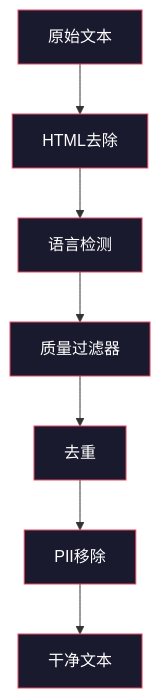
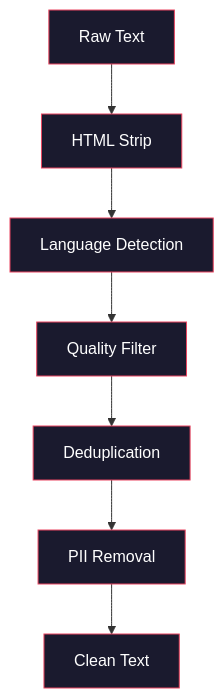
The first of 3 diagrams in i18n/zh/phases/10-llms-from-scratch/03-data-pipelines/docs/zh.md (xiaojiaenen/ai-engineering-from-scratch-zh), drawn with Mermaid before and after one commit. The commit also changed other lines of this file and 24 other files, not shown here.

````diff
--- a/i18n/zh/phases/10-llms-from-scratch/03-data-pipelines/docs/zh.md
+++ b/i18n/zh/phases/10-llms-from-scratch/03-data-pipelines/docs/zh.md
@@ -63,17 +63,17 @@
 ```mermaid
 graph TD
-    A[原始文本] --> B[HTML去除]
-    B --> C[语言检测]
-    C --> D[质量过滤器]
-    D --> E[去重]
-    E --> F[PII移除]
-    F --> G[干净文本]
+    A[Raw Text] --> B[HTML Strip]
+    B --> C[Language Detection]
+    C --> D[Quality Filter]
+    D --> E[Deduplication]
+    E --> F[PII Removal]
+    F --> G[Clean Text]
 
     style A fill:#1a1a2e,stroke:#e94560,color:#fff
     style B fill:#1a1a2e,stroke:#e94560,color:#fff
     style C fill:#1a1a2e,stroke:#e94560,color:#fff
     style D fill:#1a1a2e,stroke:#e94560,color:#fff
     style E fill:#1a1a2e,stroke:#e94560,color:#fff
     style F fill:#1a1a2e,stroke:#e94560,color:#fff
     style G fill:#1a1a2e,stroke:#e94560,color:#fff
 ```
````
